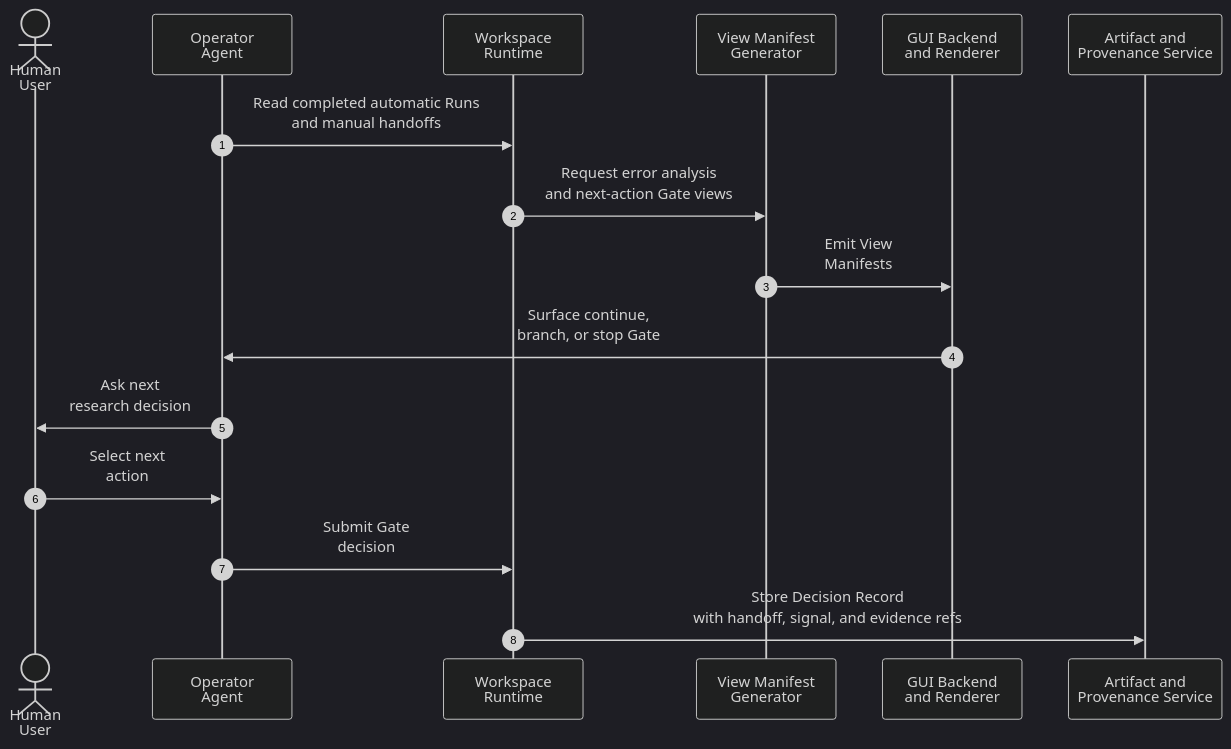
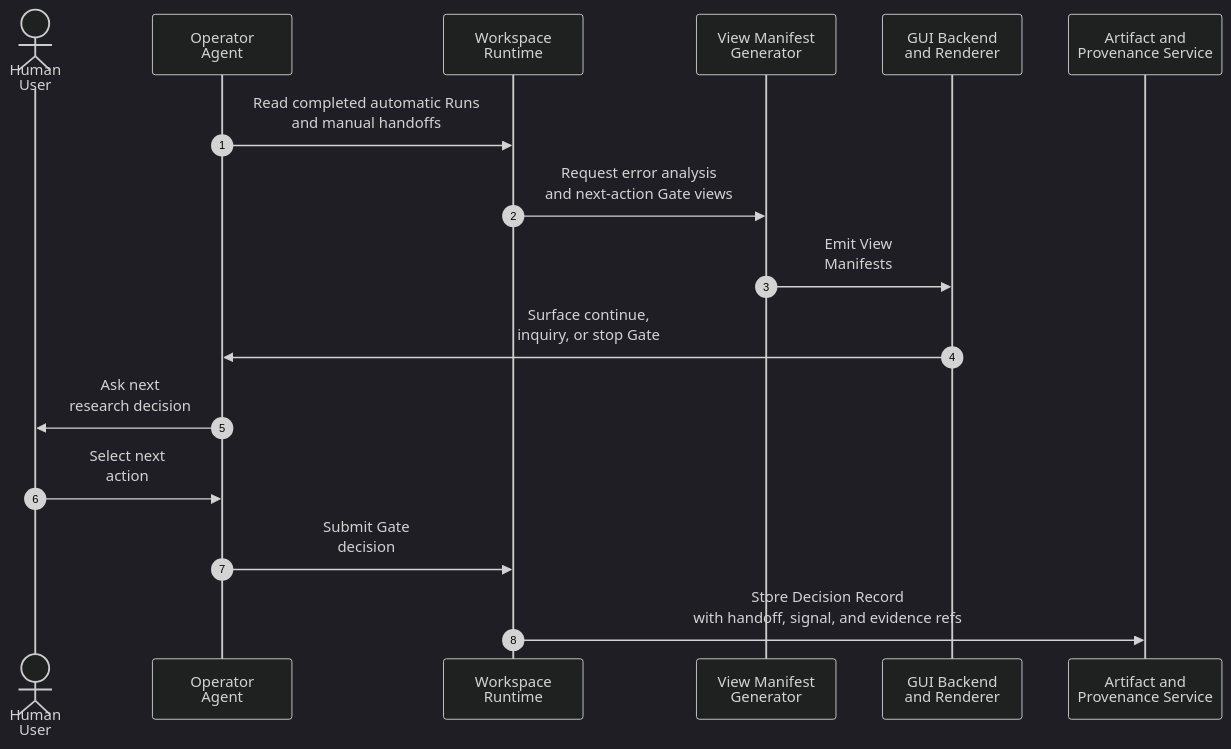
One commit to CodeGandee/isomer-labs changed diagram 11 of 11 in .imsight-arts/project-explore/use-cases/uc-05-mix-manual-and-automatic-runs.md. Above: the diagram before and after it, drawn with Mermaid (dark theme). The commit also changed other lines of this file and 109 other files, not shown here.

````diff
--- a/.imsight-arts/project-explore/use-cases/uc-05-mix-manual-and-automatic-runs.md
+++ b/.imsight-arts/project-explore/use-cases/uc-05-mix-manual-and-automatic-runs.md
@@ -325,19 +325,19 @@
 ```mermaid
 sequenceDiagram
   autonumber
   actor User as Human<br/>User
   participant Operator as Operator<br/>Agent
   participant Runtime as Workspace<br/>Runtime
   participant Views as View Manifest<br/>Generator
   participant GUI as GUI Backend<br/>and Renderer
   participant Provenance as Artifact and<br/>Provenance Service
 
   Operator->>Runtime: Read completed automatic Runs<br/>and manual handoffs
   Runtime->>Views: Request error analysis<br/>and next-action Gate views
   Views->>GUI: Emit View<br/>Manifests
-  GUI->>Operator: Surface continue,<br/>branch, or stop Gate
+  GUI->>Operator: Surface continue,<br/>inquiry, or stop Gate
   Operator->>User: Ask next<br/>research decision
   User->>Operator: Select next<br/>action
   Operator->>Runtime: Submit Gate<br/>decision
   Runtime->>Provenance: Store Decision Record<br/>with handoff, signal, and evidence refs
 ```
````
